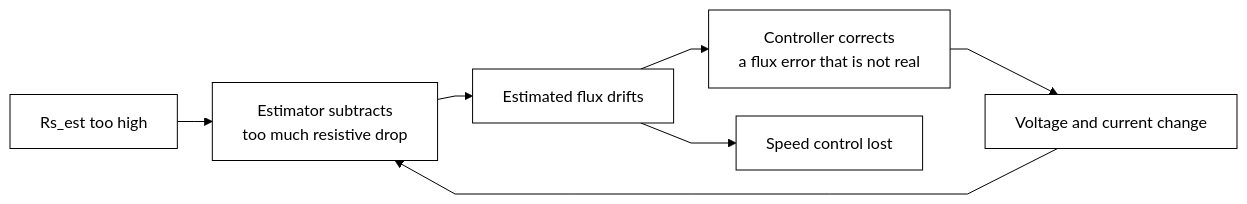
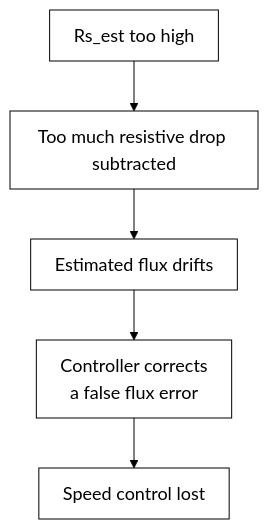
One commit to kunalkushwahatg/Direct-torque-control-of-PMSM-motor changed the second of 2 diagrams in experiments/exp03_rs_boundary/README.md. Above: the diagram before and after it, drawn with Mermaid. The commit also changed other lines of this file and 5 other files, not shown here.

Commit message:
Simplify and enlarge all remaining block diagrams

````diff
--- a/experiments/exp03_rs_boundary/README.md
+++ b/experiments/exp03_rs_boundary/README.md
@@ -51,10 +51,8 @@
 ```mermaid
-%%{init: {'theme': 'base', 'themeVariables': {'primaryColor': '#ffffff', 'primaryTextColor': '#000000', 'primaryBorderColor': '#000000', 'lineColor': '#000000', 'secondaryColor': '#ffffff', 'tertiaryColor': '#ffffff', 'fontFamily': 'Helvetica, Arial, sans-serif'}, 'flowchart': {'curve': 'linear', 'nodeSpacing': 28, 'rankSpacing': 35}, 'themeCSS': '.node rect, .node circle, .node ellipse, .node polygon, .node path { filter: none !important; stroke-width: 1px !important; } .cluster rect { filter: none !important; } .edgePath path { filter: none !important; stroke-width: 1px !important; }'}}%%
-flowchart LR
-    A["Rs_est too high"] --> B["Estimator subtracts<br/>too much resistive drop"]
+%%{init: {'theme': 'base', 'themeVariables': {'primaryColor': '#ffffff', 'primaryTextColor': '#000000', 'primaryBorderColor': '#000000', 'lineColor': '#000000', 'secondaryColor': '#ffffff', 'tertiaryColor': '#ffffff', 'fontFamily': 'Arial, Helvetica, sans-serif', 'fontSize': '18px'}, 'flowchart': {'curve': 'linear', 'nodeSpacing': 40, 'rankSpacing': 50, 'padding': 12}, 'themeCSS': '.node rect, .node circle, .node ellipse, .node polygon, .node path { filter: none !important; stroke-width: 1.5px !important; } .cluster rect { filter: none !important; } .edgePath path { filter: none !important; stroke-width: 1.5px !important; } .nodeLabel { font-size: 18px !important; } .edgeLabel { font-size: 16px !important; }'}}%%
+flowchart TB
+    A["Rs_est too high"] --> B["Too much resistive drop subtracted"]
     B --> C["Estimated flux drifts"]
-    C --> D["Controller corrects<br/>a flux error that is not real"]
-    D --> E["Voltage and current change"]
-    E --> B
-    C --> F["Speed control lost"]
+    C --> D["Controller corrects<br/>a false flux error"]
+    D --> E["Speed control lost"]
 ```
````
